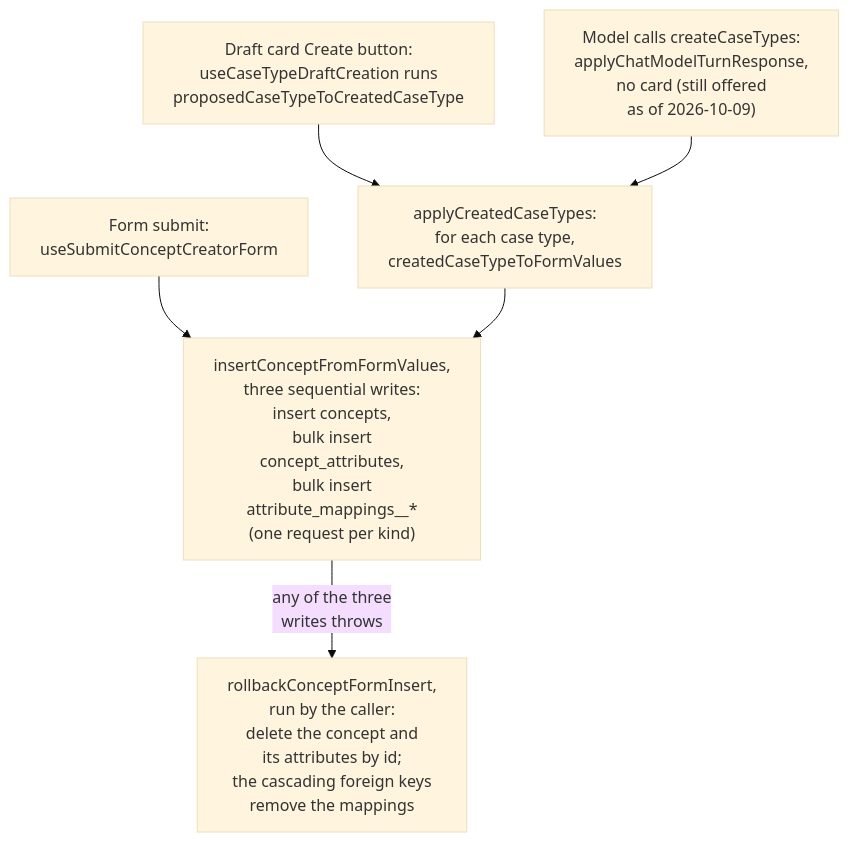
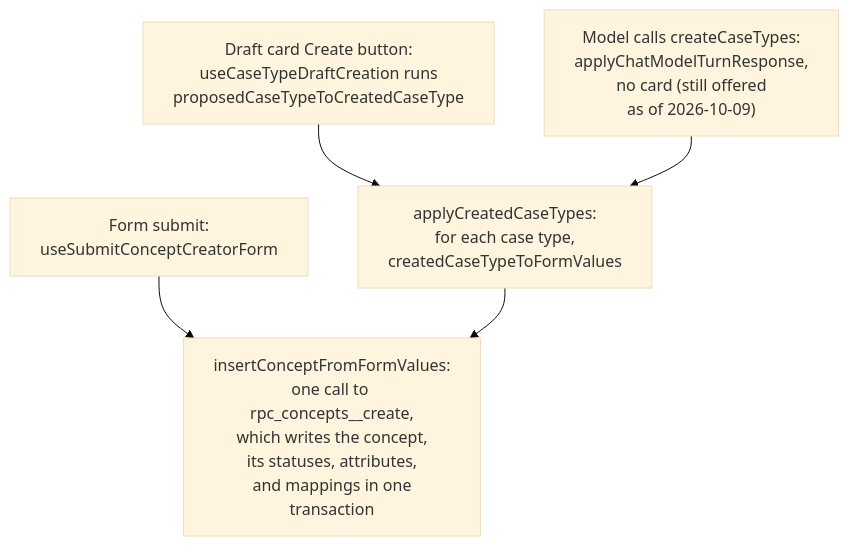
The third of 10 diagrams in docs/ontology-architecture.md (AvandarLabs/avandar), drawn with Mermaid (base theme) before and after one commit. The commit also changed other lines of this file and 5031 other files, not shown here.

````diff
--- a/docs/ontology-architecture.md
+++ b/docs/ontology-architecture.md
@@ -215,14 +267,12 @@
 ```mermaid
 flowchart TD
   F["Form submit:<br/>useSubmitConceptCreatorForm"]
   K["Draft card Create button:<br/>useCaseTypeDraftCreation runs<br/>proposedCaseTypeToCreatedCaseType"]
   T["Model calls createCaseTypes:<br/>applyChatModelTurnResponse,<br/>no card (still offered<br/>as of 2026-10-09)"]
   A["applyCreatedCaseTypes:<br/>for each case type,<br/>createdCaseTypeToFormValues"]
-  I["insertConceptFromFormValues,<br/>three sequential writes:<br/>insert concepts,<br/>bulk insert<br/>concept_attributes,<br/>bulk insert<br/>attribute_mappings__*<br/>(one request per kind)"]
-  R["rollbackConceptFormInsert,<br/>run by the caller:<br/>delete the concept and<br/>its attributes by id;<br/>the cascading foreign keys<br/>remove the mappings"]
+  I["insertConceptFromFormValues:<br/>one call to rpc_concepts__create,<br/>which writes the concept,<br/>its statuses, attributes,<br/>and mappings in one<br/>transaction"]
   F --> I
   K --> A
   T --> A
   A --> I
-  I -- "any of the three<br/>writes throws" --> R
 ```
````
